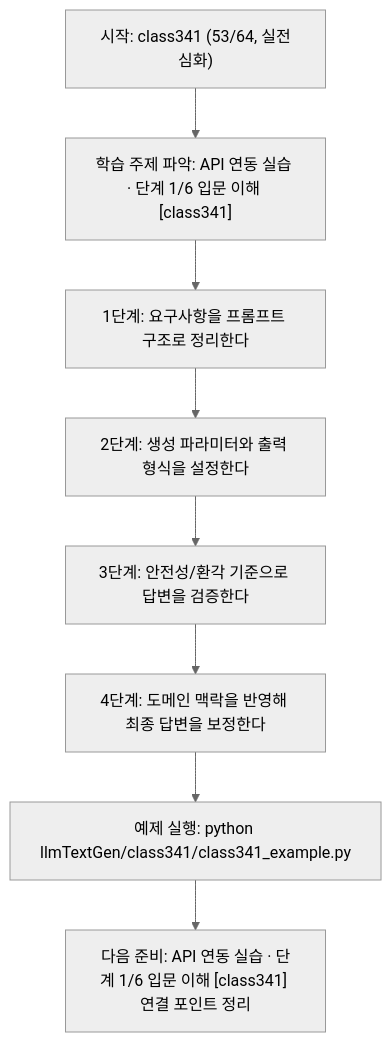
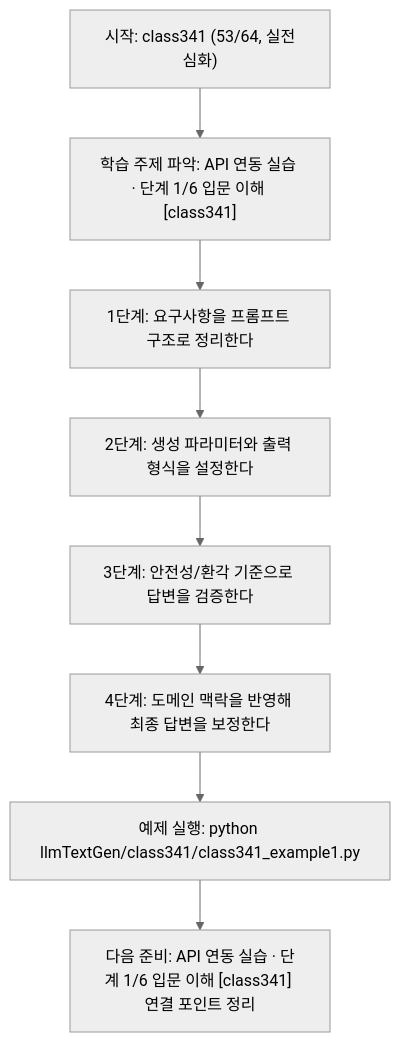
One commit to edumgt/Python-AI_Agent-Class changed the diagram in llmTextGen/class341/class341.md. Above: the diagram before and after it, drawn with Mermaid (neutral theme). The commit also changed other lines of this file and 2959 other files, not shown here.

````diff
--- a/llmTextGen/class341/class341.md
+++ b/llmTextGen/class341/class341.md
@@ -114,18 +114,18 @@
 ```mermaid
 flowchart TD
 N1["시작: class341 (53/64, 실전심화)"]
 N2["학습 주제 파악: API 연동 실습 · 단계 1/6 입문 이해 [class341]"]
 N3["1단계: 요구사항을 프롬프트 구조로 정리한다"]
 N4["2단계: 생성 파라미터와 출력 형식을 설정한다"]
 N5["3단계: 안전성/환각 기준으로 답변을 검증한다"]
 N6["4단계: 도메인 맥락을 반영해 최종 답변을 보정한다"]
-N7["예제 실행: python llmTextGen/class341/class341_example.py"]
+N7["예제 실행: python llmTextGen/class341/class341_example1.py"]
 N8["다음 준비: API 연동 실습 · 단계 1/6 입문 이해 [class341] 연결 포인트 정리"]
 N1 --> N2
 N2 --> N3
 N3 --> N4
 N4 --> N5
 N5 --> N6
 N6 --> N7
 N7 --> N8
 ```
````
